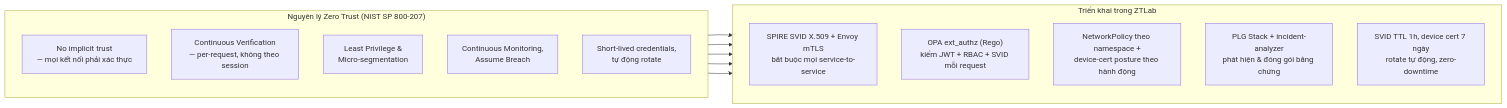
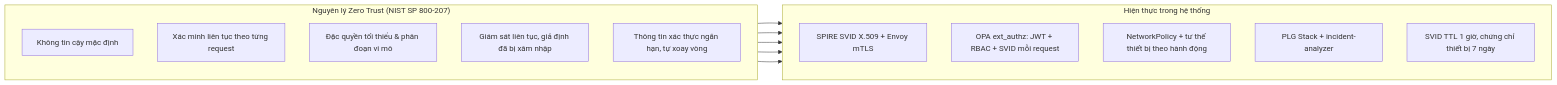
One commit to HoangBaoPhuoc/Zero-Trust-based-Security-Detection-and-Response changed the first of 2 diagrams in README.md. Above: the diagram before and after it, drawn with Mermaid. The commit also changed other lines of this file and 62 other files, not shown here.

````diff
--- a/README.md
+++ b/README.md
@@ -58,24 +69,24 @@
 ```mermaid
 flowchart LR
     subgraph NT["Nguyên lý Zero Trust (NIST SP 800-207)"]
         direction TB
-        T1["No implicit trust<br/>— mọi kết nối phải xác thực"]
-        T2["Continuous Verification<br/>— per-request, không theo session"]
-        T3["Least Privilege &<br/>Micro-segmentation"]
-        T4["Continuous Monitoring,<br/>Assume Breach"]
-        T5["Short-lived credentials,<br/>tự động rotate"]
+        T1["Không tin cậy mặc định"]
+        T2["Xác minh liên tục theo từng request"]
+        T3["Đặc quyền tối thiểu & phân đoạn vi mô"]
+        T4["Giám sát liên tục, giả định đã bị xâm nhập"]
+        T5["Thông tin xác thực ngắn hạn, tự xoay vòng"]
     end
-    subgraph ZT["Triển khai trong ZTLab"]
+    subgraph ZT["Hiện thực trong hệ thống"]
         direction TB
-        I1["SPIRE SVID X.509 + Envoy mTLS<br/>bắt buộc mọi service-to-service"]
-        I2["OPA ext_authz (Rego)<br/>kiểm JWT + RBAC + SVID mỗi request"]
-        I3["NetworkPolicy theo namespace +<br/>device-cert posture theo hành động"]
-        I4["PLG Stack + incident-analyzer<br/>phát hiện & đóng gói bằng chứng"]
-        I5["SVID TTL 1h, device cert 7 ngày<br/>rotate tự động, zero-downtime"]
+        I1["SPIRE SVID X.509 + Envoy mTLS"]
+        I2["OPA ext_authz: JWT + RBAC + SVID mỗi request"]
+        I3["NetworkPolicy + tư thế thiết bị theo hành động"]
+        I4["PLG Stack + incident-analyzer"]
+        I5["SVID TTL 1 giờ, chứng chỉ thiết bị 7 ngày"]
     end
     T1 --> I1
     T2 --> I2
     T3 --> I3
     T4 --> I4
     T5 --> I5
 ```
````
